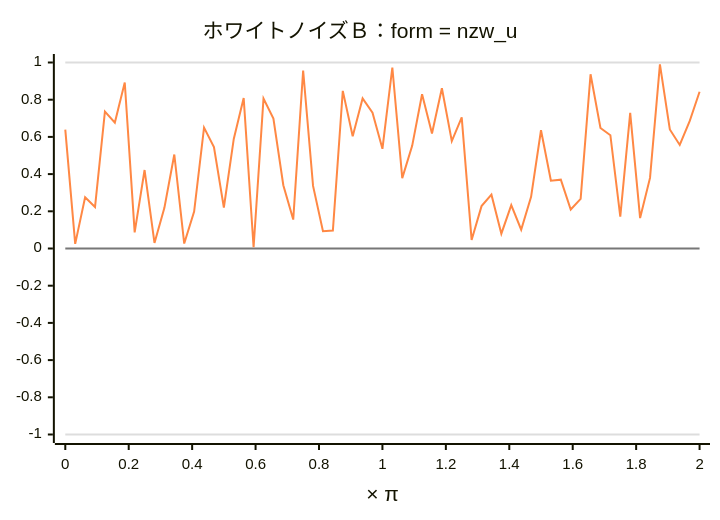
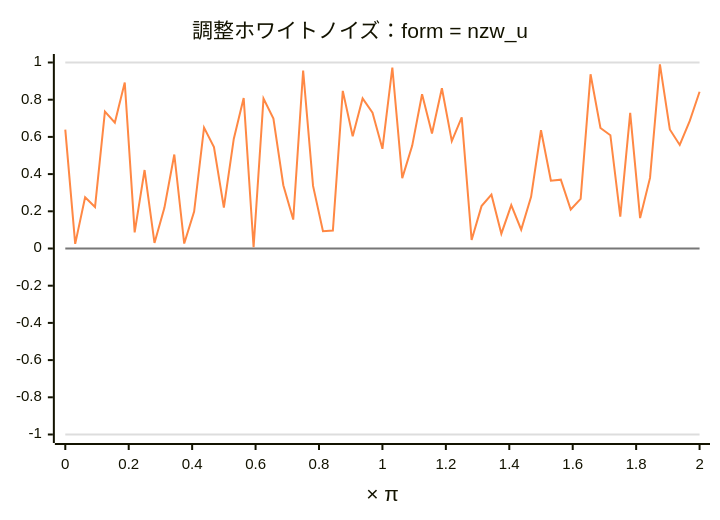
One commit to lineardrive/V3MMLmanual changed diagram 11 of 13 in docs/ch08/8_18.md. Above: the diagram before and after it, drawn with Mermaid. The commit also changed other lines of this file and 25 other files, not shown here.

````diff
--- a/docs/ch08/8_18.md
+++ b/docs/ch08/8_18.md
@@ -393,29 +393,29 @@
 ```mermaid
 ---
 config:
   xyChart:
     titleFontSize: 21
     xAxis:
       labelFontSize: 15
       titleFontSize: 21
     yAxis:
       labelPadding: 6
       labelFontSize: 15
       titleFontSize: 21
   themeVariables:
     xyChart:
       plotColorPalette: "#777, #ddd, #ddd, #f84"
 ---
 xychart
-  title "ホワイトノイズＢ：form = nzw_u"
+  title "調整ホワイトノイズ：form = nzw_u"
   x-axis "× π" 0 --> 2
   y-axis "" -1 --> 1
 
   line [0, 0, 0, 0, 0, 0, 0, 0, 0, 0, 0, 0, 0, 0, 0, 0, 0, 0, 0, 0, 0, 0, 0, 0, 0, 0, 0, 0, 0, 0, 0, 0, 0, 0, 0, 0, 0, 0, 0, 0, 0, 0, 0, 0, 0, 0, 0, 0, 0, 0, 0, 0, 0, 0, 0, 0, 0, 0, 0, 0, 0, 0, 0, 0, 0]
 
   line [-1, -1, -1, -1, -1, -1, -1, -1, -1, -1, -1, -1, -1, -1, -1, -1, -1, -1, -1, -1, -1, -1, -1, -1, -1, -1, -1, -1, -1, -1, -1, -1, -1, -1, -1, -1, -1, -1, -1, -1, -1, -1, -1, -1, -1, -1, -1, -1, -1, -1, -1, -1, -1, -1, -1, -1, -1, -1, -1, -1, -1, -1, -1, -1, -1]
 
   line [1, 1, 1, 1, 1, 1, 1, 1, 1, 1, 1, 1, 1, 1, 1, 1, 1, 1, 1, 1, 1, 1, 1, 1, 1, 1, 1, 1, 1, 1, 1, 1, 1, 1, 1, 1, 1, 1, 1, 1, 1, 1, 1, 1, 1, 1, 1, 1, 1, 1, 1, 1, 1, 1, 1, 1, 1, 1, 1, 1, 1, 1, 1, 1, 1]
 
   line [0.6394, 0.025, 0.275, 0.2232, 0.7365, 0.6767, 0.8922, 0.0869, 0.4219, 0.0298, 0.2186, 0.5054, 0.0265, 0.1988, 0.6499, 0.5449, 0.2204, 0.5893, 0.8094, 0.0065, 0.8058, 0.6981, 0.3403, 0.1555, 0.9572, 0.3366, 0.0927, 0.0967, 0.8475, 0.6037, 0.8071, 0.7297, 0.5362, 0.9731, 0.3785, 0.552, 0.8294, 0.6185, 0.8617, 0.5774, 0.7046, 0.0458, 0.2279, 0.2894, 0.0798, 0.2328, 0.101, 0.278, 0.6357, 0.3648, 0.3702, 0.2095, 0.267, 0.9367, 0.648, 0.6091, 0.1711, 0.7291, 0.1634, 0.3795, 0.9895, 0.64, 0.5569, 0.6846, 0.8429]
 ```
````
